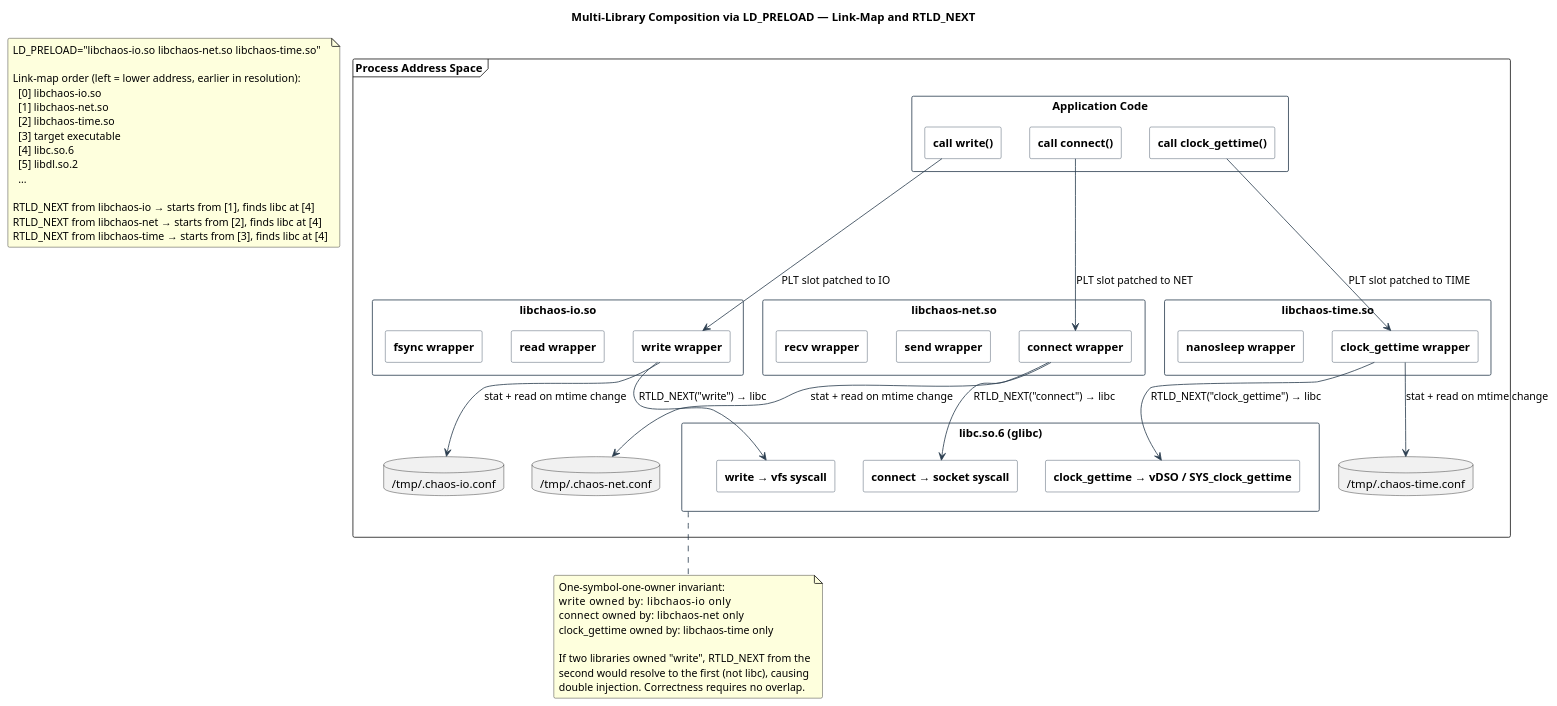
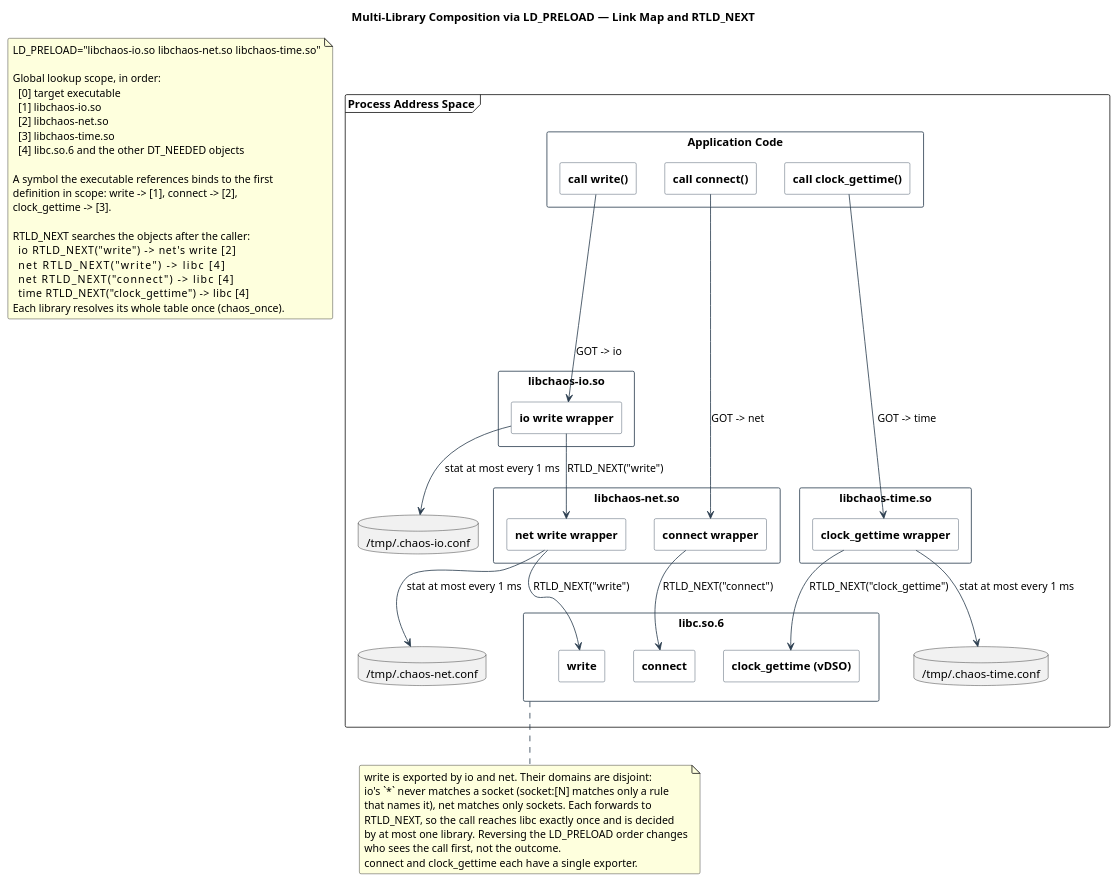
The diagram in docs/diagrams/composition.puml (macstab/macstab-chaos-testing-libraries), drawn with PlantUML before and after one commit. The commit also changed 14 other files, not shown here.

Commit message:
docs: rewrite architecture, safety, platform and engineering docs; redraw diagrams

```diff
--- a/docs/diagrams/composition.puml
+++ b/docs/diagrams/composition.puml
@@ -1,102 +1,105 @@
 @startuml composition
 '
 ' Engineered by  Christian Schnapka
 '                Embedded Principal+ Engineer
 '                Macstab GmbH · Hamburg, Germany
 '                https://macstab.com
 '
 ' Multi-library composition via LD_PRELOAD.
-' Shows link-map ordering, per-library RTLD_NEXT chains,
-' and the one-symbol-one-owner invariant.
+' Shows the global lookup scope, the per-library RTLD_NEXT chains,
+' and how a symbol exported by two libraries (write) still reaches
+' libc exactly once.
 '
-' Reference: docs/SYSTEM.md §17, docs/PLATFORM.md §1
+' Reference: docs/SYSTEM.md §5 "Multi-Library LD_PRELOAD Composition",
+'            docs/PLATFORM.md §1
 '
-title Multi-Library Composition via LD_PRELOAD — Link-Map and RTLD_NEXT
+title Multi-Library Composition via LD_PRELOAD — Link Map and RTLD_NEXT
 
 skinparam componentStyle rectangle
 skinparam shadowing false
 skinparam roundCorner 4
 skinparam component {
   ArrowColor           #2C3E50
   BorderColor          #2C3E50
   BackgroundColor      #FFFFFF
   FontStyle            bold
 }
 
 note as N1
   LD_PRELOAD="libchaos-io.so libchaos-net.so libchaos-time.so"
 
-  Link-map order (left = lower address, earlier in resolution):
-    [0] libchaos-io.so
-    [1] libchaos-net.so
-    [2] libchaos-time.so
-    [3] target executable
-    [4] libc.so.6
-    [5] libdl.so.2
-    ...
+  Global lookup scope, in order:
+    [0] target executable
+    [1] libchaos-io.so
+    [2] libchaos-net.so
+    [3] libchaos-time.so
+    [4] libc.so.6 and the other DT_NEEDED objects
 
-  RTLD_NEXT from libchaos-io → starts from [1], finds libc at [4]
-  RTLD_NEXT from libchaos-net → starts from [2], finds libc at [4]
-  RTLD_NEXT from libchaos-time → starts from [3], finds libc at [4]
+  A symbol the executable references binds to the first
+  definition in scope: write -> [1], connect -> [2],
+  clock_gettime -> [3].
+
+  RTLD_NEXT searches the objects after the caller:
+    io   RTLD_NEXT("write")         -> net's write [2]
+    net  RTLD_NEXT("write")         -> libc        [4]
+    net  RTLD_NEXT("connect")       -> libc        [4]
+    time RTLD_NEXT("clock_gettime") -> libc        [4]
+  Each library resolves its whole table once (chaos_once).
 end note
 
 frame "Process Address Space" {
 
   component "Application Code" as App {
     [call write()]
     [call connect()]
     [call clock_gettime()]
   }
 
   component "libchaos-io.so" as IO {
-    [write wrapper]
-    [read wrapper]
-    [fsync wrapper]
+    [io write wrapper]
   }
 
   component "libchaos-net.so" as NET {
+    [net write wrapper]
     [connect wrapper]
-    [send wrapper]
-    [recv wrapper]
   }
 
   component "libchaos-time.so" as TIME {
     [clock_gettime wrapper]
-    [nanosleep wrapper]
   }
 
-  component "libc.so.6 (glibc)" as LIBC {
-    [write → vfs syscall]
-    [connect → socket syscall]
-    [clock_gettime → vDSO / SYS_clock_gettime]
+  component "libc.so.6" as LIBC {
+    [write]
+    [connect]
+    [clock_gettime (vDSO)]
   }
 
   database "/tmp/.chaos-io.conf"   as IOCFG
   database "/tmp/.chaos-net.conf"  as NETCFG
   database "/tmp/.chaos-time.conf" as TIMECFG
 }
 
-[call write()]          --> [write wrapper]      : PLT slot patched to IO
-[call connect()]        --> [connect wrapper]     : PLT slot patched to NET
-[call clock_gettime()]  --> [clock_gettime wrapper] : PLT slot patched to TIME
+[call write()]          --> [io write wrapper]      : GOT -> io
+[call connect()]        --> [connect wrapper]       : GOT -> net
+[call clock_gettime()]  --> [clock_gettime wrapper] : GOT -> time
 
-[write wrapper]   --> IOCFG   : stat + read on mtime change
-[connect wrapper] --> NETCFG  : stat + read on mtime change
-[clock_gettime wrapper] --> TIMECFG : stat + read on mtime change
+[io write wrapper]      --> IOCFG   : stat at most every 1 ms
+[net write wrapper]     --> NETCFG  : stat at most every 1 ms
+[clock_gettime wrapper] --> TIMECFG : stat at most every 1 ms
 
-[write wrapper]   --> [write → vfs syscall]        : RTLD_NEXT("write") → libc
-[connect wrapper] --> [connect → socket syscall]   : RTLD_NEXT("connect") → libc
-[clock_gettime wrapper] --> [clock_gettime → vDSO / SYS_clock_gettime] : RTLD_NEXT("clock_gettime") → libc
+[io write wrapper]      --> [net write wrapper]     : RTLD_NEXT("write")
+[net write wrapper]     --> [write]                 : RTLD_NEXT("write")
+[connect wrapper]       --> [connect]               : RTLD_NEXT("connect")
+[clock_gettime wrapper] --> [clock_gettime (vDSO)]  : RTLD_NEXT("clock_gettime")
 
 note bottom of LIBC
-  One-symbol-one-owner invariant:
-  write    owned by: libchaos-io   only
-  connect  owned by: libchaos-net  only
-  clock_gettime owned by: libchaos-time only
-
-  If two libraries owned "write", RTLD_NEXT from the
-  second would resolve to the first (not libc), causing
-  double injection. Correctness requires no overlap.
+  write is exported by io and net. Their domains are disjoint:
+  io's `*` never matches a socket (socket:[N] matches only a rule
+  that names it), net matches only sockets. Each forwards to
+  RTLD_NEXT, so the call reaches libc exactly once and is decided
+  by at most one library. Reversing the LD_PRELOAD order changes
+  who sees the call first, not the outcome.
+  connect and clock_gettime each have a single exporter.
 end note
 
 @enduml
```
